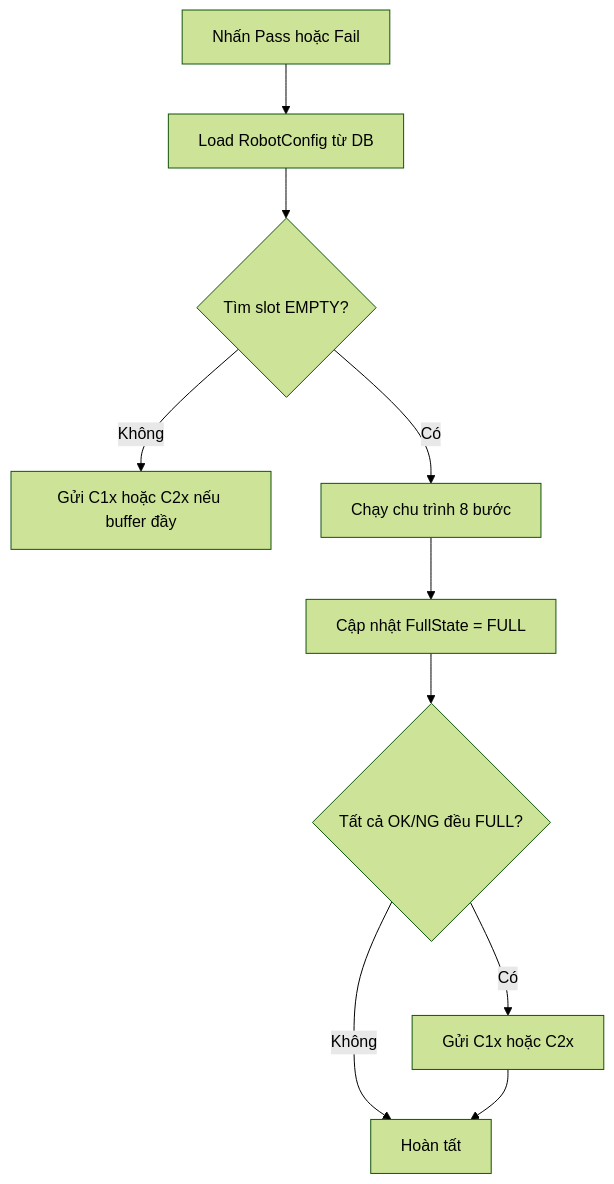
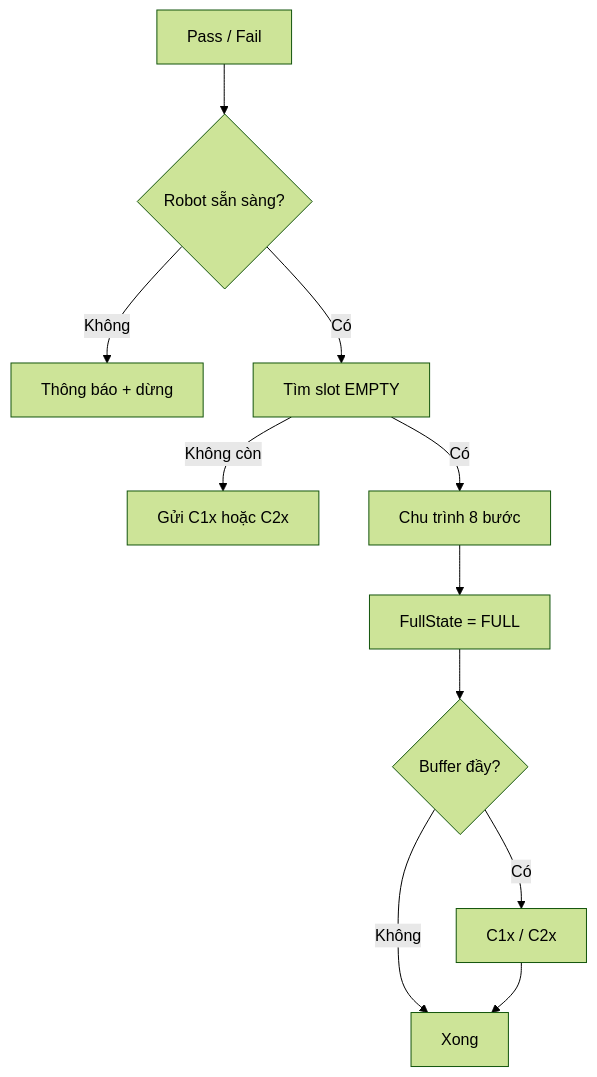
Before and after one commit to cmsang/haui: the second of 3 diagrams in Haui.PCB/docs/ROBOT_WORKFLOW.md, drawn with Mermaid (forest theme). The commit also changed other lines of this file and 15 other files, not shown here.

````diff
--- a/Haui.PCB/docs/ROBOT_WORKFLOW.md
+++ b/Haui.PCB/docs/ROBOT_WORKFLOW.md
@@ -226,12 +352,13 @@
 ```mermaid
 flowchart TD
-    A[Nhấn Pass hoặc Fail] --> B[Load RobotConfig từ DB]
-    B --> C{Tìm slot EMPTY?}
-    C -->|Không| D[Gửi C1x hoặc C2x nếu buffer đầy]
-    C -->|Có| E[Chạy chu trình 8 bước]
-    E --> F[Cập nhật FullState = FULL]
-    F --> G{Tất cả OK/NG đều FULL?}
-    G -->|Có| H[Gửi C1x hoặc C2x]
-    G -->|Không| I[Hoàn tất]
+    A[Pass / Fail] --> B{Robot sẵn sàng?}
+    B -->|Không| X[Thông báo + dừng]
+    B -->|Có| C[Tìm slot EMPTY]
+    C -->|Không còn| D[Gửi C1x hoặc C2x]
+    C -->|Có| E[Chu trình 8 bước]
+    E --> F[FullState = FULL]
+    F --> G{Buffer đầy?}
+    G -->|Có| H[C1x / C2x]
+    G -->|Không| I[Xong]
     H --> I
 ```
````
